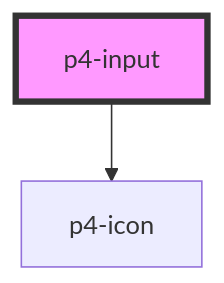
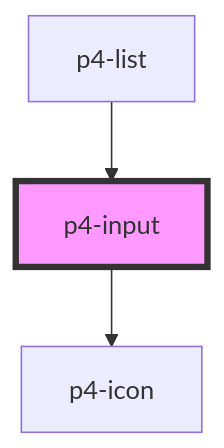
Before and after one commit to goatui/components: the diagram in src/components/p4-input/readme.md, drawn with Mermaid. The commit also changed other lines of this file and 62 other files, not shown here.

````diff
--- a/src/components/p4-input/readme.md
+++ b/src/components/p4-input/readme.md
@@ -68,5 +72,6 @@
 ```mermaid
 graph TD;
   p4-input --> p4-icon
+  p4-list --> p4-input
   style p4-input fill:#f9f,stroke:#333,stroke-width:4px
 ```
````
